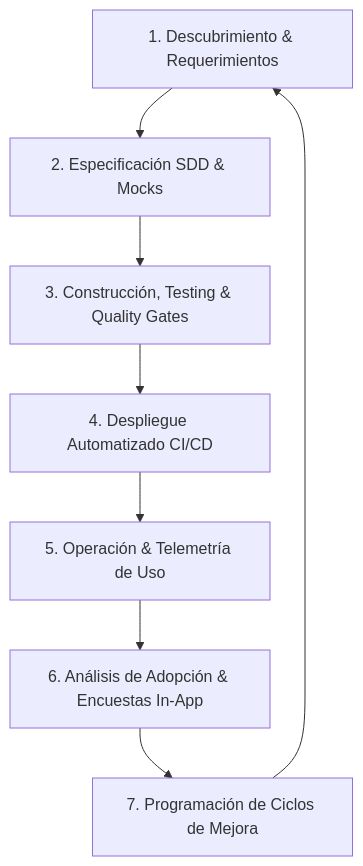
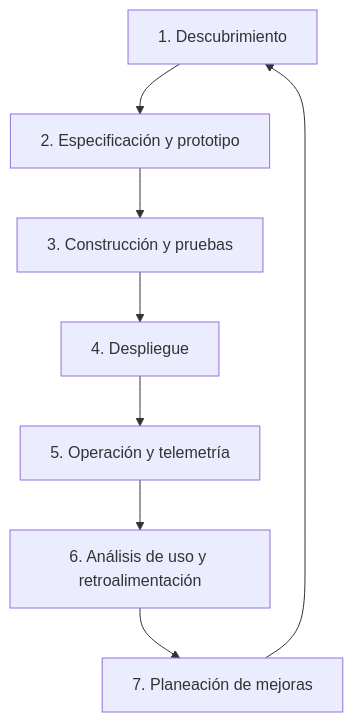
The diagram in greenfield/12_protocolo_ciclo_de_vida_sdlc_y_mejora_continua.md (jnmontoy/sdd), drawn with Mermaid before and after one commit. The commit also changed other lines of this file and 152 other files, not shown here.

````diff
--- a/greenfield/12_protocolo_ciclo_de_vida_sdlc_y_mejora_continua.md
+++ b/greenfield/12_protocolo_ciclo_de_vida_sdlc_y_mejora_continua.md
@@ -12,10 +15,10 @@
 ```mermaid
 graph TD
-    F1[1. Descubrimiento & Requerimientos] --> F2[2. Especificación SDD & Mocks]
-    F2 --> F3[3. Construcción, Testing & Quality Gates]
-    F3 --> F4[4. Despliegue Automatizado CI/CD]
-    F4 --> F5[5. Operación & Telemetría de Uso]
-    F5 --> F6[6. Análisis de Adopción & Encuestas In-App]
-    F6 --> F7[7. Programación de Ciclos de Mejora]
+    F1[1. Descubrimiento] --> F2[2. Especificación y prototipo]
+    F2 --> F3[3. Construcción y pruebas]
+    F3 --> F4[4. Despliegue]
+    F4 --> F5[5. Operación y telemetría]
+    F5 --> F6[6. Análisis de uso y retroalimentación]
+    F6 --> F7[7. Planeación de mejoras]
     F7 --> F1
 ```
````
